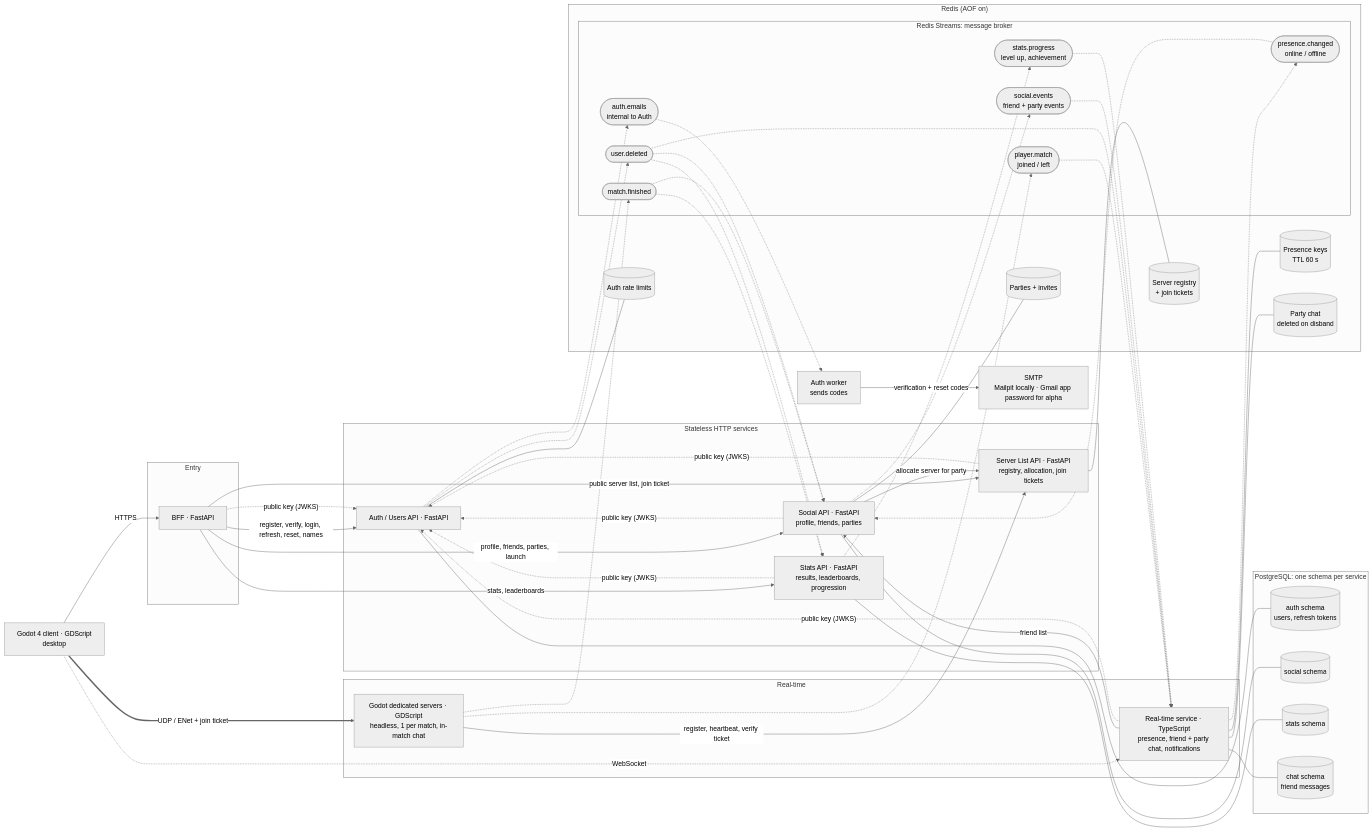
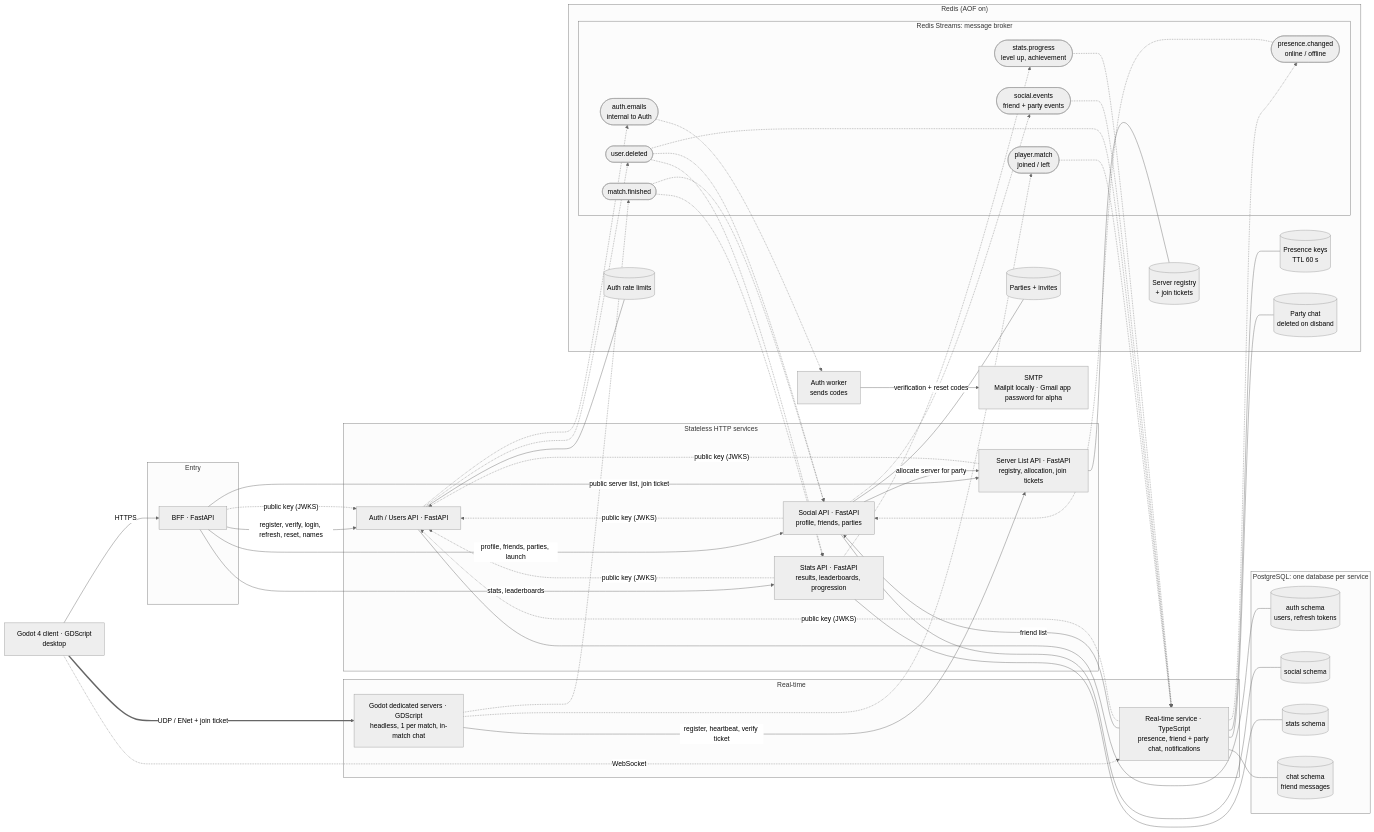
Before and after one commit to ElianPICQ/TPSArena_backend: the diagram in project-context.md, drawn with Mermaid (neutral theme). The commit also changed other lines of this file and 18 other files, not shown here.

```diff
--- a/project-context.md
+++ b/project-context.md
@@ -248,7 +257,7 @@
     Email["SMTP<br/>Mailpit locally · Gmail app password for alpha"]
     AuthWorker["Auth worker<br/>sends codes"]
 
-    subgraph PG["PostgreSQL: one schema per service"]
+    subgraph PG["PostgreSQL: one database per service"]
         AuthDB[("auth schema<br/>users, refresh tokens")]
         SocialDB[("social schema")]
         StatsDB[("stats schema")]
```
